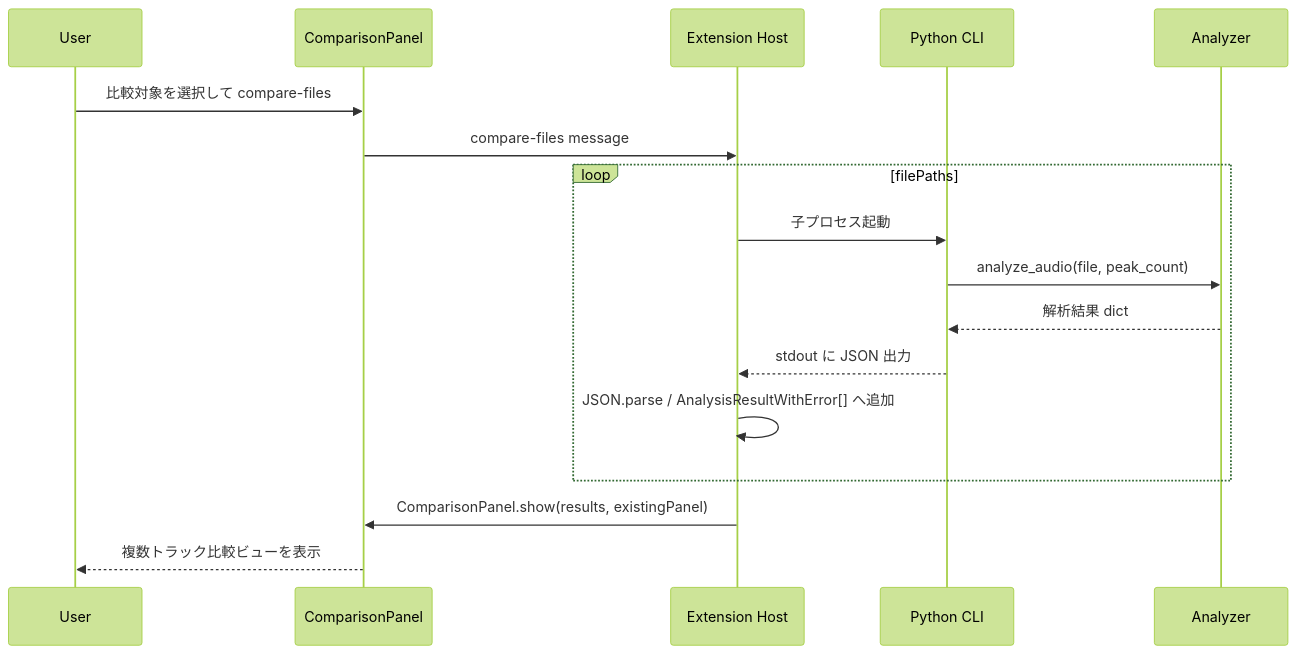
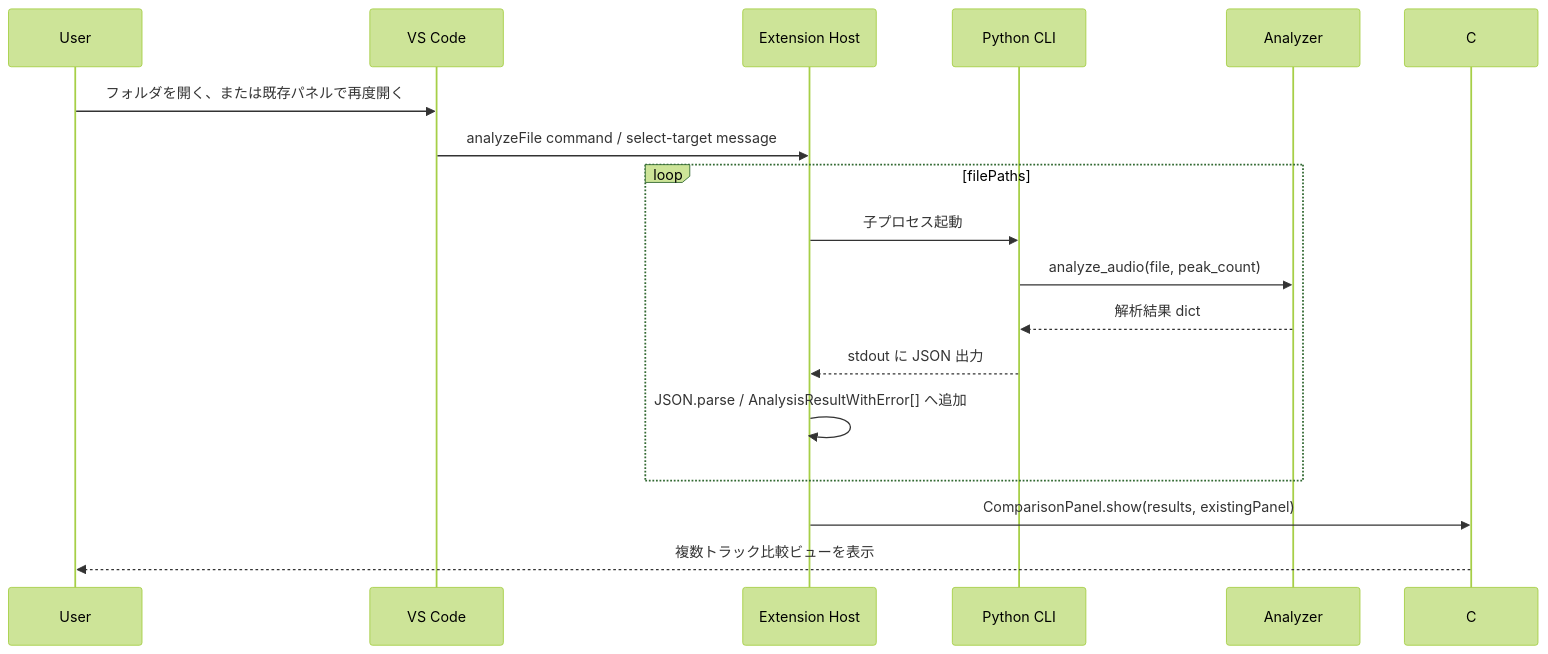
The third of 3 diagrams in docs/architecture.md (kasahart/audio-wandas-analyzer), drawn with Mermaid (forest theme) before and after one commit. The commit also changed other lines of this file and 8 other files, not shown here.

Commit message:
Simplify comparison panel controls

````diff
--- a/docs/architecture.md
+++ b/docs/architecture.md
@@ -164,19 +164,19 @@
 ```mermaid
 sequenceDiagram
     participant U as User
-    participant C as ComparisonPanel
+  participant V as VS Code
     participant E as Extension Host
     participant P as Python CLI
     participant A as Analyzer
-    U->>C: 比較対象を選択して compare-files
-    C->>E: compare-files message
+  U->>V: フォルダを開く、または既存パネルで再度開く
+  V->>E: analyzeFile command / select-target message
     loop filePaths
         E->>P: 子プロセス起動
         P->>A: analyze_audio(file, peak_count)
         A-->>P: 解析結果 dict
         P-->>E: stdout に JSON 出力
         E->>E: JSON.parse / AnalysisResultWithError[] へ追加
     end
     E->>C: ComparisonPanel.show(results, existingPanel)
     C-->>U: 複数トラック比較ビューを表示
 ```
````
